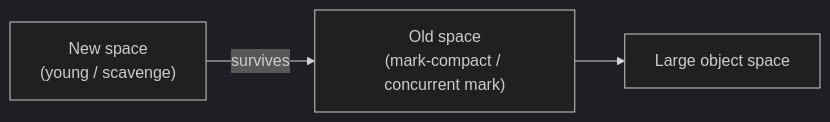
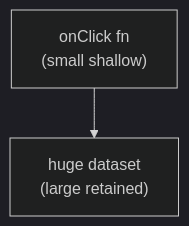
One commit to prajjwaljogdand/FullstackPreparation changed diagram 11 of 11 in docs/javascript/12-memory.md. Above: the diagram before and after it, drawn with Mermaid (dark theme). The commit also changed other lines of this file and 91 other files, not shown here.

````diff
--- a/docs/javascript/12-memory.md
+++ b/docs/javascript/12-memory.md
@@ -45,5 +650,4 @@
 ```mermaid
-flowchart LR
-  New["New space\n(young / scavenge)"] -->|"survives"| Old["Old space\n(mark-compact / concurrent mark)"]
-  Old --> LO["Large object space"]
+flowchart TB
+  Listener["onClick fn\n(small shallow)"] --> Data["huge dataset\n(large retained)"]
 ```
````
